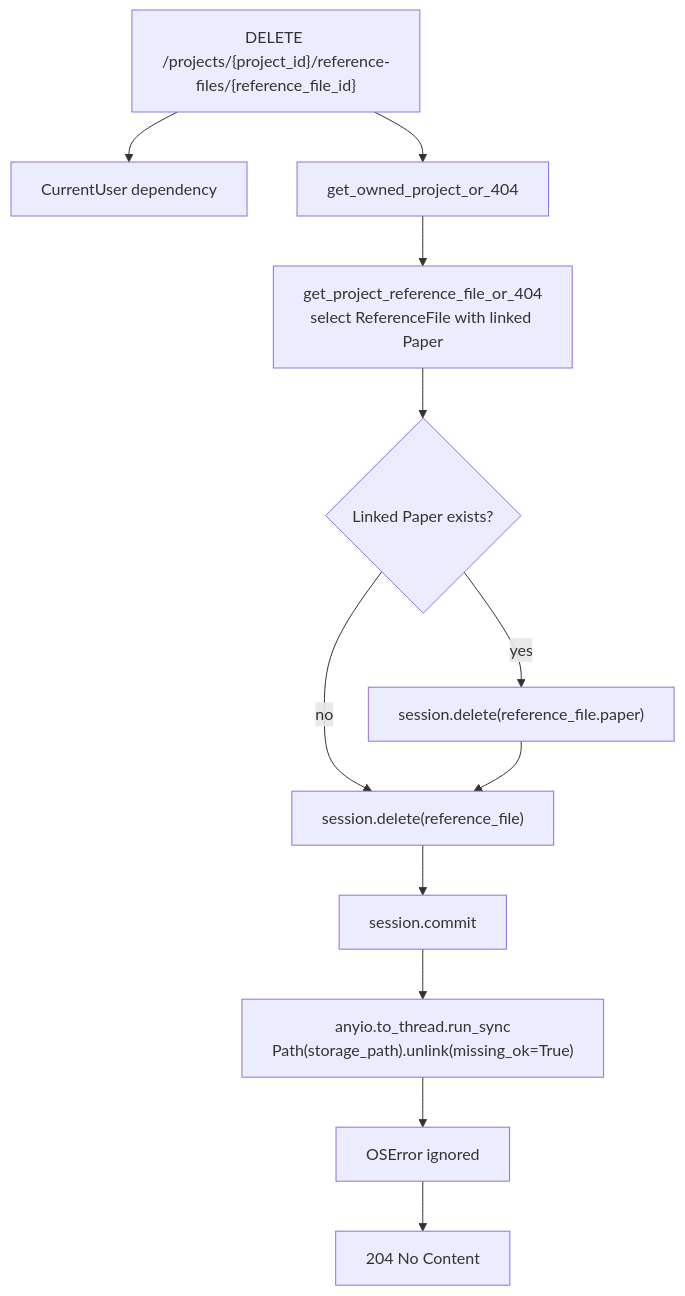
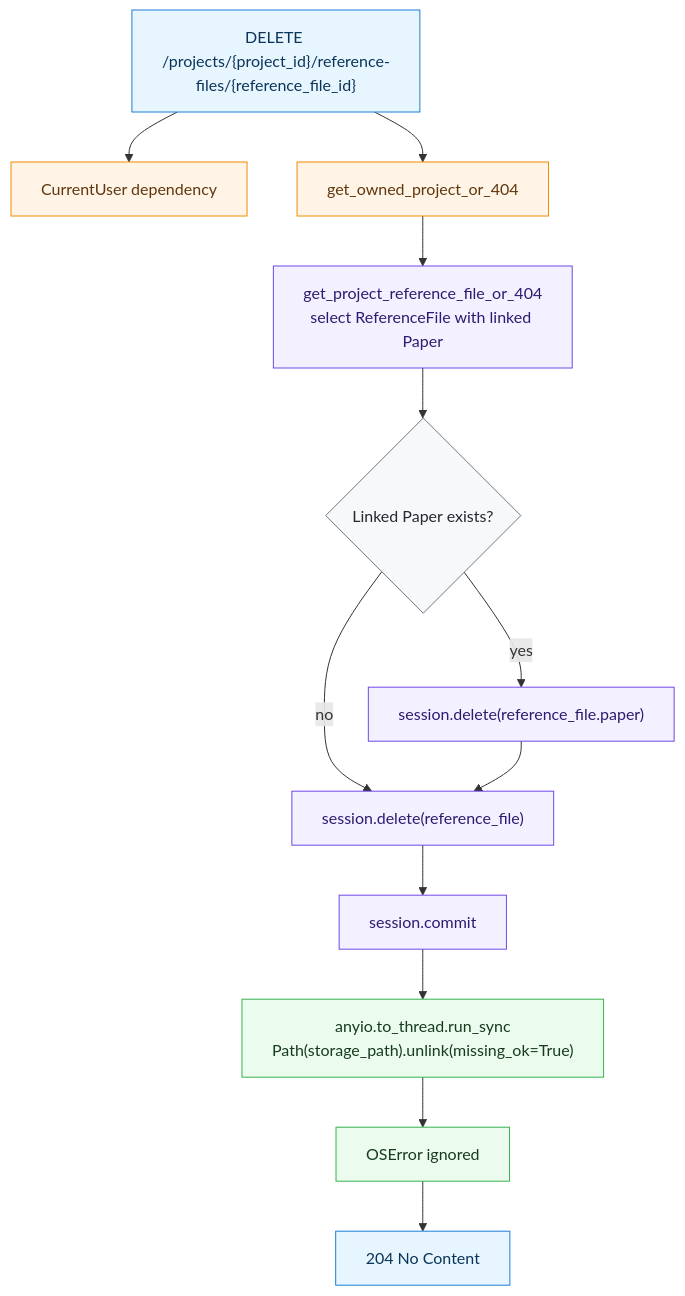
One commit to hungnt0406/confluex-AI-powered-research-workspace changed the ninth of 13 diagrams in docs/backend-diagram.md. Above: the diagram before and after it, drawn with Mermaid. The commit also changed other lines of this file, not shown here.

Commit message:
docs: add styling classes to mermaid diagrams in backend-diagram.md

````diff
--- a/docs/backend-diagram.md
+++ b/docs/backend-diagram.md
@@ -464,14 +509,26 @@
 ```mermaid
 flowchart TB
+    classDef api fill:#e7f5ff,stroke:#1c7ed6,color:#0b3558;
+    classDef dependency fill:#fff4e6,stroke:#f08c00,color:#5f370e;
+    classDef service fill:#ebfbee,stroke:#37b24d,color:#163b1f;
+    classDef persistence fill:#f3f0ff,stroke:#7048e8,color:#2f1b70;
+    classDef entry fill:#f6f8fa,stroke:#6e7781,color:#24292f;
+
     DeleteRoute["DELETE /projects/{project_id}/reference-files/{reference_file_id}"] --> CurrentUser["CurrentUser dependency"]
     DeleteRoute --> OwnedProject["get_owned_project_or_404"]
     OwnedProject --> LoadReference["get_project_reference_file_or_404<br/>select ReferenceFile with linked Paper"]
     LoadReference --> HasPaper{"Linked Paper exists?"}
     HasPaper -- yes --> DeletePaper["session.delete(reference_file.paper)"]
     HasPaper -- no --> DeleteReference["session.delete(reference_file)"]
     DeletePaper --> DeleteReference
     DeleteReference --> Commit["session.commit"]
     Commit --> Unlink["anyio.to_thread.run_sync<br/>Path(storage_path).unlink(missing_ok=True)"]
     Unlink --> IgnoreOSError["OSError ignored"]
     IgnoreOSError --> NoContent["204 No Content"]
+
+    class DeleteRoute,NoContent api;
+    class CurrentUser,OwnedProject dependency;
+    class LoadReference,DeletePaper,DeleteReference,Commit persistence;
+    class HasPaper entry;
+    class Unlink,IgnoreOSError service;
 ```
````
